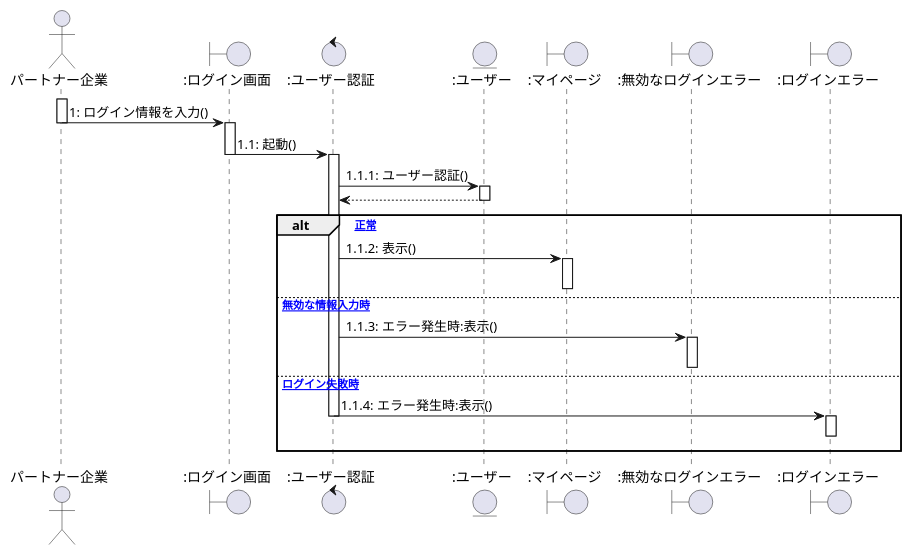
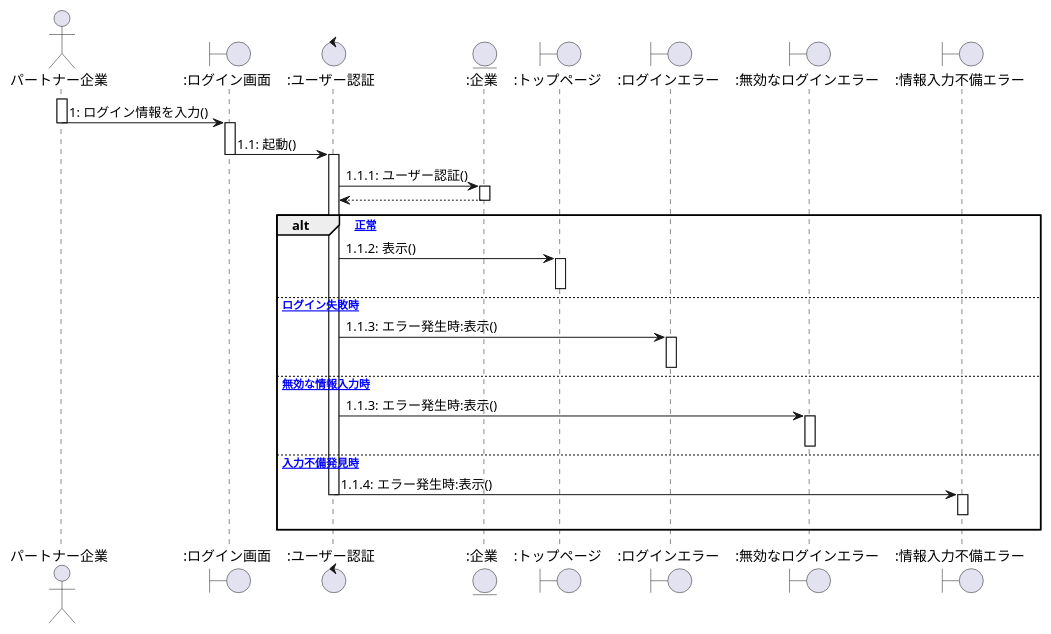
One commit to ksw2270227/GroupF changed the second of 10 diagrams in client_sequence.plantuml. Above: the diagram before and after it, drawn with PlantUML. The commit also changed other lines of this file and 1 other file, not shown here.

```diff
--- a/client_sequence.plantuml
+++ b/client_sequence.plantuml
@@ -65,42 +46,48 @@
 @startuml ログイン
 
 
 actor パートナー企業 as 0
 Boundary ":ログイン画面" as a
 Control ":ユーザー認証" as b
-Entity ":ユーザー" as c
-Boundary ":マイページ" as d
-Boundary ":無効なログインエラー" as e
-Boundary ":ログインエラー" as f
+Entity ":企業" as c
+Boundary ":トップページ" as d
+Boundary ":ログインエラー" as e
+Boundary ":無効なログインエラー" as g
+Boundary ":情報入力不備エラー" as f
+
 
 activate 0
     0 -> a :1: ログイン情報を入力()
 deactivate 0
 
 activate a
     a -> b :1.1: 起動()
 deactivate a
 
 activate b
     b -> c :1.1.1: ユーザー認証()
 activate c
     b <-- c
 deactivate c
 
 alt [正常]
     b -> d :1.1.2: 表示()
 activate d
 deactivate d
-else [無効な情報入力時]
+else [ログイン失敗時]
     b -> e :1.1.3: エラー発生時:表示()
 activate e
 deactivate e
-else [ログイン失敗時]
+else [無効な情報入力時]
+    b -> g :1.1.3: エラー発生時:表示()
+activate g
+deactivate g
+else [入力不備発見時]
     b -> f :1.1.4: エラー発生時:表示()
 deactivate b
 activate f
 f -[hidden]-> f
 deactivate f
 end
 
 @enduml
```
